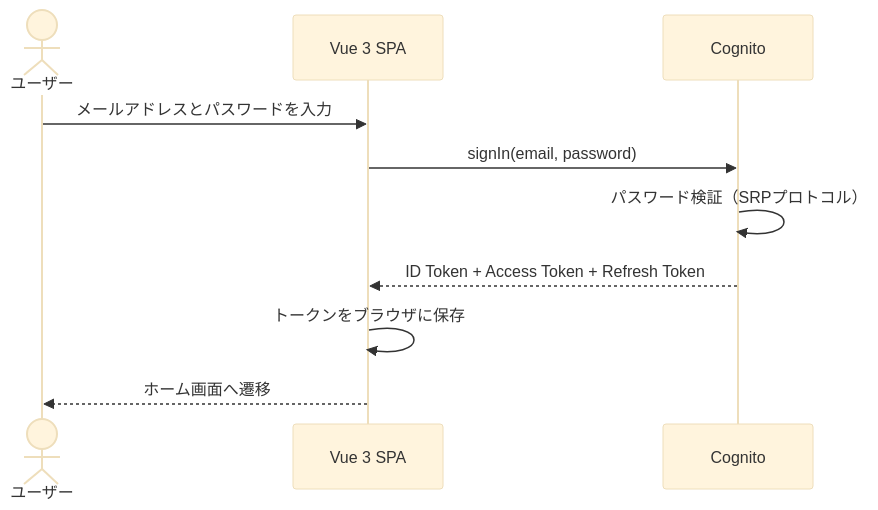
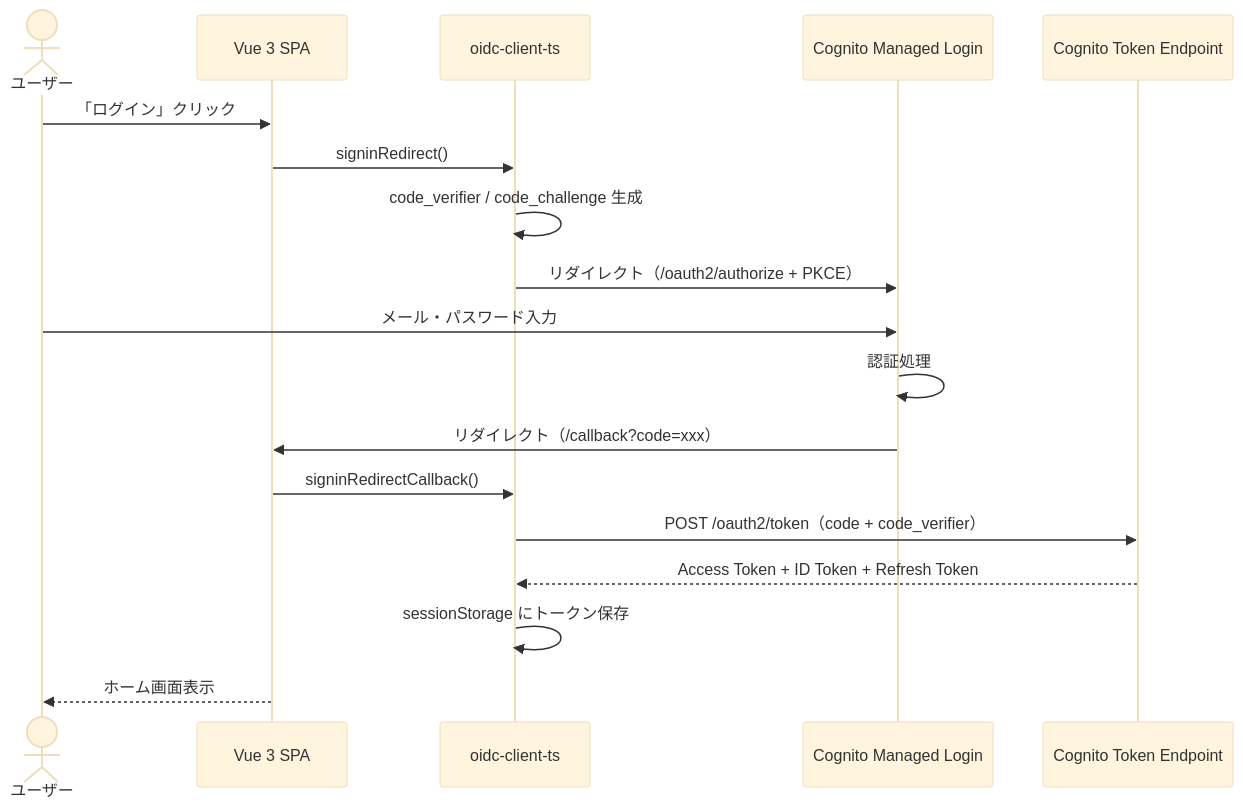
Before and after one commit to h-akira/ShogiProject2: the fourth of 8 diagrams in docs/support/cognito-auth-guide.md, drawn with Mermaid (base theme). The commit also changed other lines of this file and 5 other files, not shown here.

First line of the commit message:
Update auth to Cognito Managed Login + oidc-client-ts and restructure project layout

````diff
--- a/docs/support/cognito-auth-guide.md
+++ b/docs/support/cognito-auth-guide.md
@@ -94,14 +74,24 @@
 ```mermaid
 sequenceDiagram
   actor User as ユーザー
-  participant Vue as Vue 3 SPA
-  participant Cognito as Cognito
+  participant SPA as Vue 3 SPA
+  participant OIDC as oidc-client-ts
+  participant ML as Cognito Managed Login
+  participant Token as Cognito Token Endpoint
 
-  User->>Vue: メールアドレスとパスワードを入力
-  Vue->>Cognito: signIn(email, password)
-  Cognito->>Cognito: パスワード検証（SRPプロトコル）
-  Cognito-->>Vue: ID Token + Access Token + Refresh Token
+  User->>SPA: 「ログイン」クリック
+  SPA->>OIDC: signinRedirect()
+  OIDC->>OIDC: code_verifier / code_challenge 生成
+  OIDC->>ML: リダイレクト（/oauth2/authorize + PKCE）
 
-  Vue->>Vue: トークンをブラウザに保存
-  Vue-->>User: ホーム画面へ遷移
+  User->>ML: メール・パスワード入力
+  ML->>ML: 認証処理
+  ML->>SPA: リダイレクト（/callback?code=xxx）
+
+  SPA->>OIDC: signinRedirectCallback()
+  OIDC->>Token: POST /oauth2/token（code + code_verifier）
+  Token-->>OIDC: Access Token + ID Token + Refresh Token
+  OIDC->>OIDC: sessionStorage にトークン保存
+
+  SPA-->>User: ホーム画面表示
 ```
````
